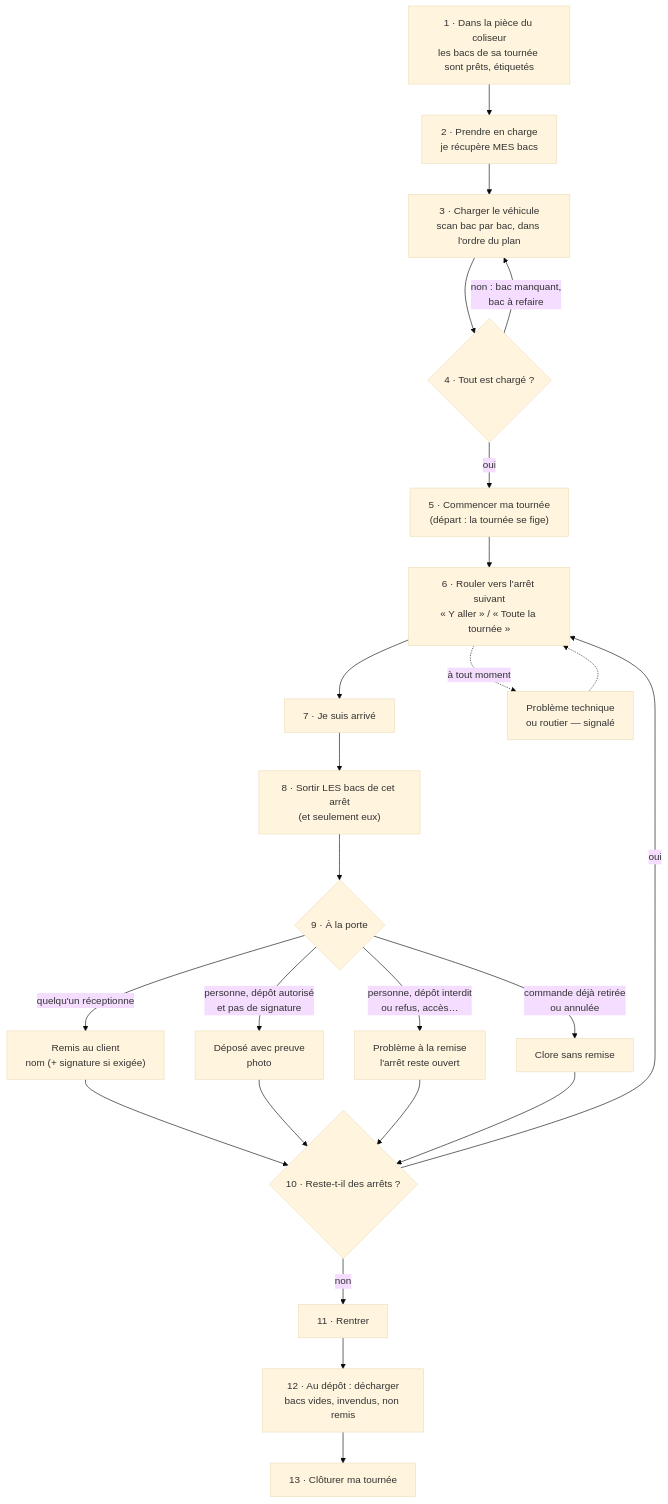
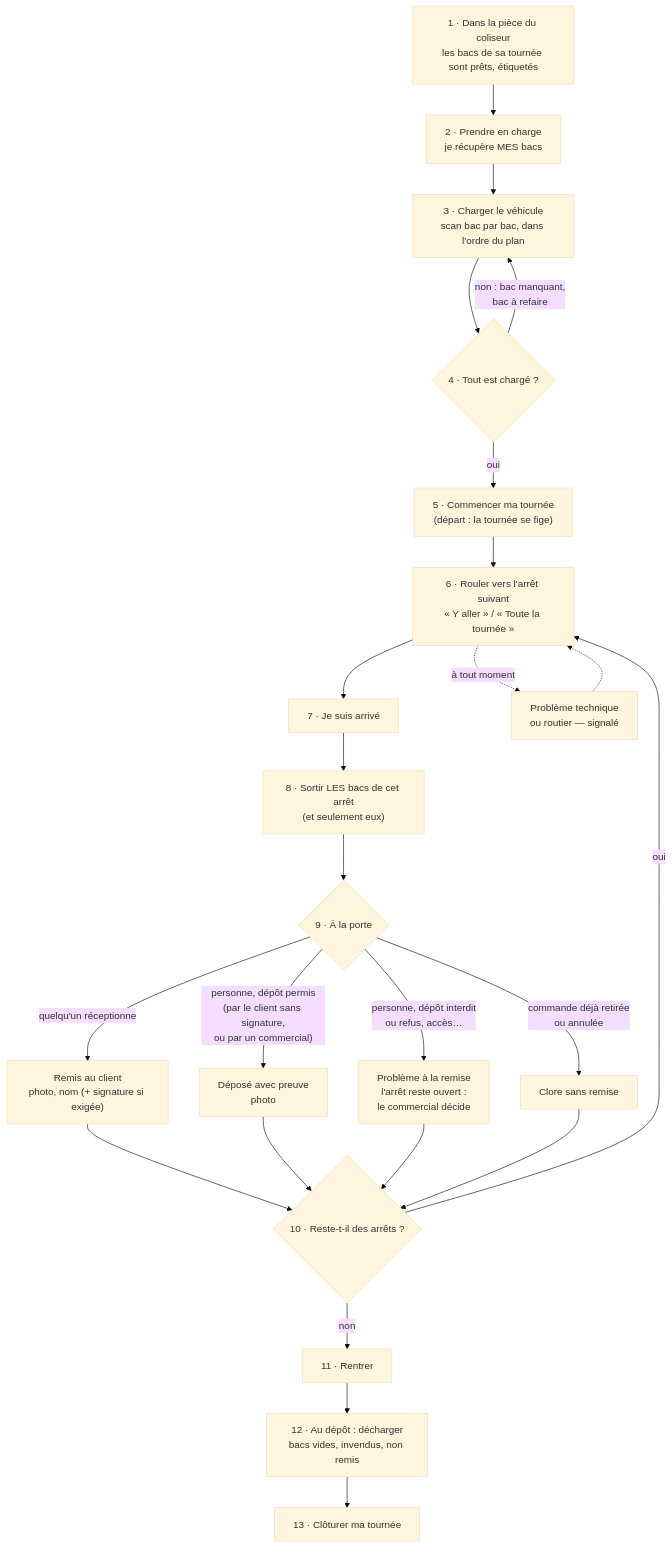
The diagram in documentation/livraisons/parcours-du-livreur.md (hugoheynard/lfd), drawn with Mermaid (base theme) before and after one commit. The commit also changed other lines of this file and 31 other files, not shown here.

````diff
--- a/documentation/livraisons/parcours-du-livreur.md
+++ b/documentation/livraisons/parcours-du-livreur.md
@@ -13,26 +22,26 @@
 ```mermaid
 flowchart TD
   A["1 · Dans la pièce du coliseur<br/>les bacs de sa tournée sont prêts, étiquetés"] --> B["2 · Prendre en charge<br/>je récupère MES bacs"]
   B --> C["3 · Charger le véhicule<br/>scan bac par bac, dans l'ordre du plan"]
   C --> D{"4 · Tout est chargé ?"}
   D -- "non : bac manquant,<br/>bac à refaire" --> C
   D -- oui --> E["5 · Commencer ma tournée<br/>(départ : la tournée se fige)"]
   E --> F["6 · Rouler vers l'arrêt suivant<br/>« Y aller » / « Toute la tournée »"]
   F --> G["7 · Je suis arrivé"]
   G --> H["8 · Sortir LES bacs de cet arrêt<br/>(et seulement eux)"]
   H --> I{"9 · À la porte"}
-  I -- "quelqu'un réceptionne" --> J["Remis au client<br/>nom (+ signature si exigée)"]
-  I -- "personne, dépôt autorisé<br/>et pas de signature" --> K["Déposé avec preuve<br/>photo"]
-  I -- "personne, dépôt interdit<br/>ou refus, accès…" --> L["Problème à la remise<br/>l'arrêt reste ouvert"]
+  I -- "quelqu'un réceptionne" --> J["Remis au client<br/>photo, nom (+ signature si exigée)"]
+  I -- "personne, dépôt permis<br/>(par le client sans signature,<br/>ou par un commercial)" --> K["Déposé avec preuve<br/>photo"]
+  I -- "personne, dépôt interdit<br/>ou refus, accès…" --> L["Problème à la remise<br/>l'arrêt reste ouvert :<br/>le commercial décide"]
   I -- "commande déjà retirée<br/>ou annulée" --> M["Clore sans remise"]
   J --> N{"10 · Reste-t-il des arrêts ?"}
   K --> N
   L --> N
   M --> N
   N -- oui --> F
   N -- non --> O["11 · Rentrer"]
   F -. "à tout moment" .-> P["Problème technique<br/>ou routier — signalé"]
   P -.-> F
   O --> Q["12 · Au dépôt : décharger<br/>bacs vides, invendus, non remis"]
   Q --> R["13 · Clôturer ma tournée"]
 ```
````
